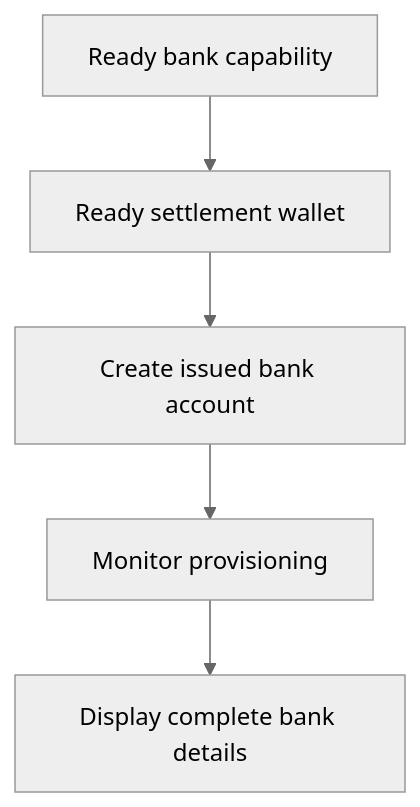
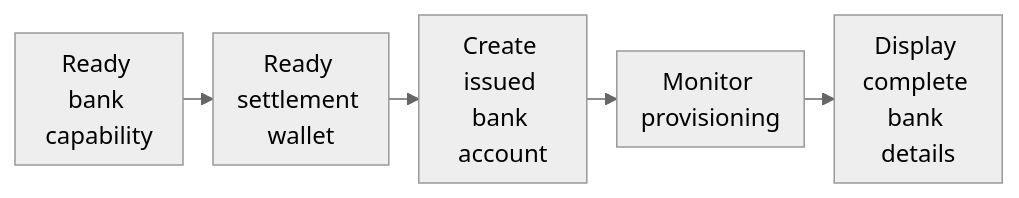
Before and after one commit to swipelux/public-docs: the diagram in ca/integration/issue-bank-account.mdx, drawn with Mermaid (neutral theme). The commit also changed 199 other files, not shown here.

````diff
--- a/ca/integration/issue-bank-account.mdx
+++ b/ca/integration/issue-bank-account.mdx
@@ -8,7 +8,8 @@
 ```mermaid
-flowchart TD
+%%{init: {"flowchart": {"rankSpacing": 20, "nodeSpacing": 16, "wrappingWidth": 80, "padding": 8}}}%%
+flowchart LR
   A["Ready bank capability"] --> B["Ready settlement wallet"]
   B --> C["Create issued bank account"]
   C --> D["Monitor provisioning"]
   D --> E["Display complete bank details"]
 ```
````
